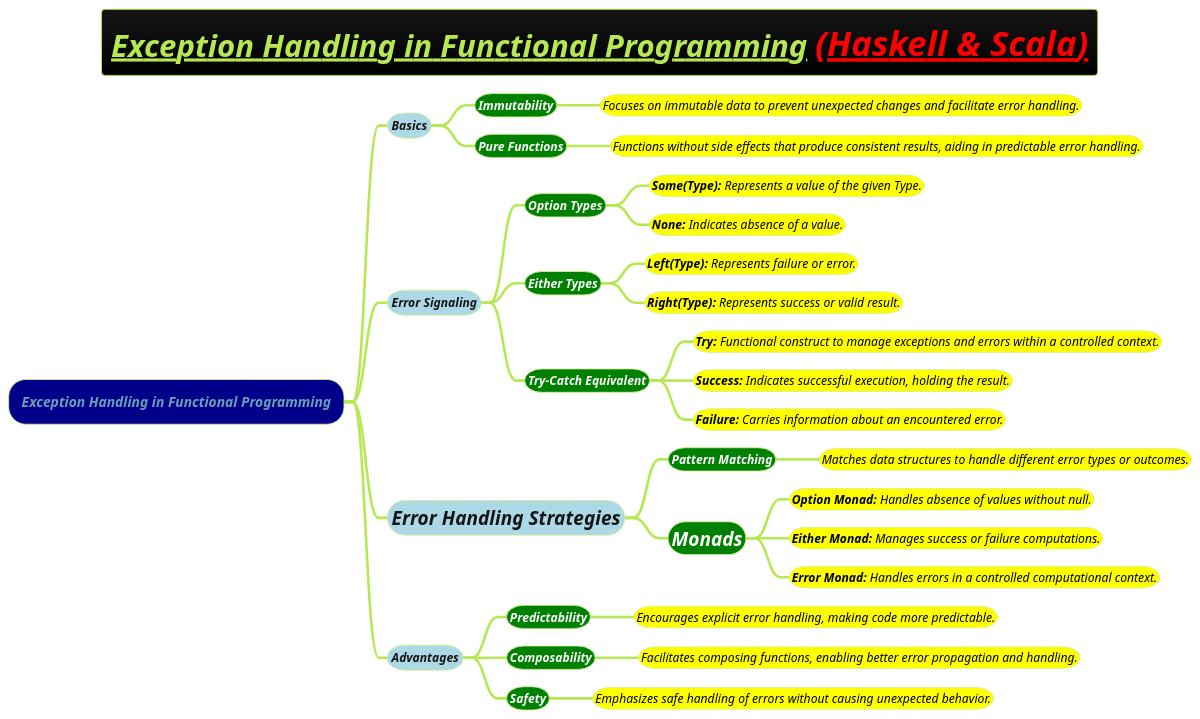
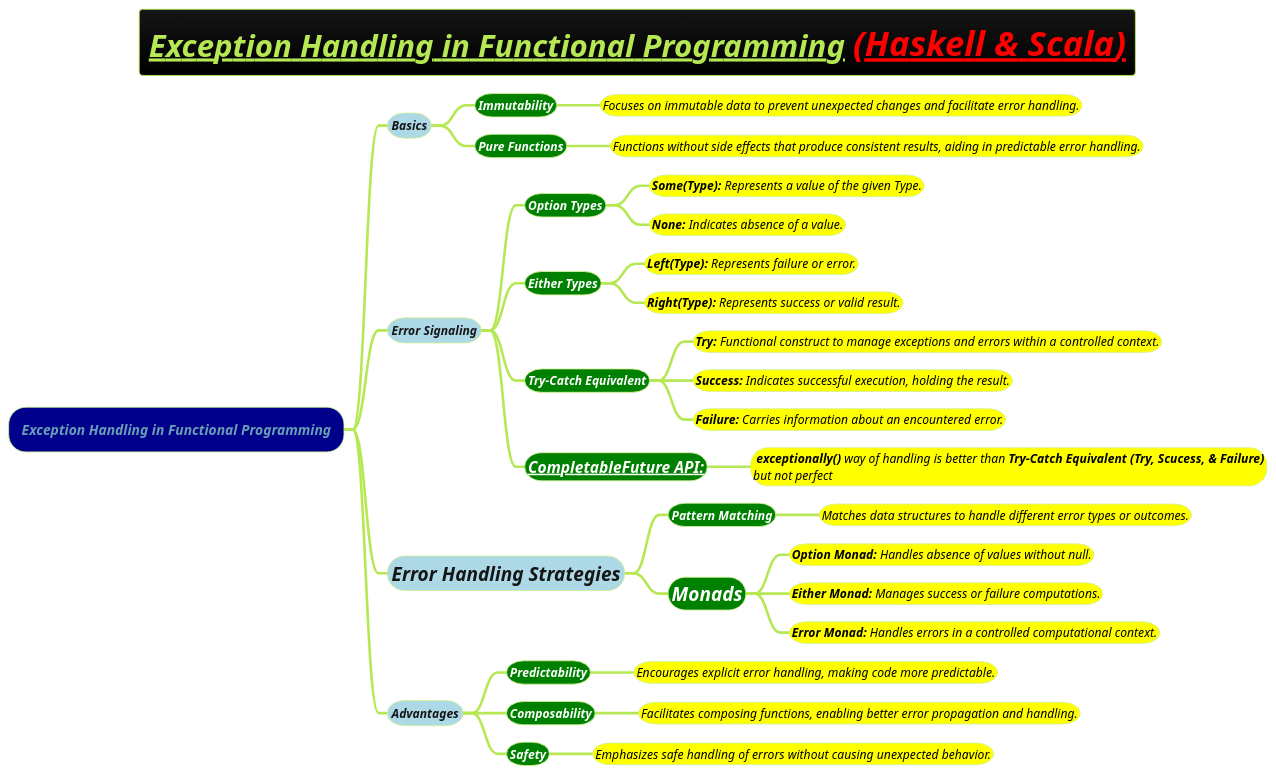
One commit to MehmoodHashmi/Documentation-as-Code-DaC changed the diagram in docs/3-programming-languages/Venkat-Subramaniam/Exception-Handling-in-haskell-and-scala.puml. Above: the diagram before and after it, drawn with PlantUML. The commit also changed 3 other files, not shown here.

```diff
--- a/docs/3-programming-languages/Venkat-Subramaniam/Exception-Handling-in-haskell-and-scala.puml
+++ b/docs/3-programming-languages/Venkat-Subramaniam/Exception-Handling-in-haskell-and-scala.puml
@@ -1,41 +1,43 @@
 @startmindmap
 title =<i><b><u>Exception Handling in Functional Programming <color #red>(Haskell & Scala)
 !theme hacker
 
 
 
 
 
 
 *[#darkblue] <i>Exception Handling in Functional Programming
 **[#lightblue] <i><color #blac><size:14>Basics
 ***[#green] <b><i><color #white><size:14>Immutability
 ****[#yellow] <i><color #black><size:14>Focuses on immutable data to prevent unexpected changes and facilitate error handling.
 ***[#green] <b><i><color #white><size:14>Pure Functions
 ****[#yellow] <i><color #black><size:14>Functions without side effects that produce consistent results, aiding in predictable error handling.
 **[#lightblue] <i><color #blac><size:14>Error Signaling
 ***[#green] <b><i><color #white><size:14>Option Types
 ****[#yellow] <i><color #black><size:14>**Some(Type):** Represents a value of the given Type.
 ****[#yellow] <i><color #black><size:14>**None:** Indicates absence of a value.
 ***[#green] <b><i><color #white><size:14>Either Types
 ****[#yellow] <i><color #black><size:14>**Left(Type):** Represents failure or error.
 ****[#yellow] <i><color #black><size:14>**Right(Type):** Represents success or valid result.
 ***[#green] <b><i><color #white><size:14>Try-Catch Equivalent
 ****[#yellow] <i><color #black><size:14>**Try:** Functional construct to manage exceptions and errors within a controlled context.
 ****[#yellow] <i><color #black><size:14>**Success:** Indicates successful execution, holding the result.
 ****[#yellow] <i><color #black><size:14>**Failure:** Carries information about an encountered error.
+***[#green] <b><i><color #white><size:18>[[docs/3-programming-languages/Venkat-Subramaniam/CompletableFuture.puml CompletableFuture API:]]
+****[#yellow] <i><color #black><size:14> <b>exceptionally()</b> way of handling is better than <b>Try-Catch Equivalent (Try, Scucess, & Failure)\n<i><color #black><size:14>but not perfect
 **[#lightblue] <i><color #blac><size:22>Error Handling Strategies
 ***[#green] <b><i><color #white><size:14>Pattern Matching
 ****[#yellow] <i><color #black><size:14>Matches data structures to handle different error types or outcomes.
 ***[#green] <b><i><color #white><size:22>Monads
 ****[#yellow] <i><color #black><size:14>**Option Monad:** Handles absence of values without null.
 ****[#yellow] <i><color #black><size:14>**Either Monad:** Manages success or failure computations.
 ****[#yellow] <i><color #black><size:14>**Error Monad:** Handles errors in a controlled computational context.
 **[#lightblue] <i><color #blac><size:14>Advantages
 ***[#green] <b><i><color #white><size:14>Predictability
 ****[#yellow] <i><color #black><size:14>Encourages explicit error handling, making code more predictable.
 ***[#green] <b><i><color #white><size:14>Composability
 ****[#yellow] <i><color #black><size:14>Facilitates composing functions, enabling better error propagation and handling.
 ***[#green] <b><i><color #white><size:14>Safety
 ****[#yellow] <i><color #black><size:14>Emphasizes safe handling of errors without causing unexpected behavior.
 @endmindmap
```
